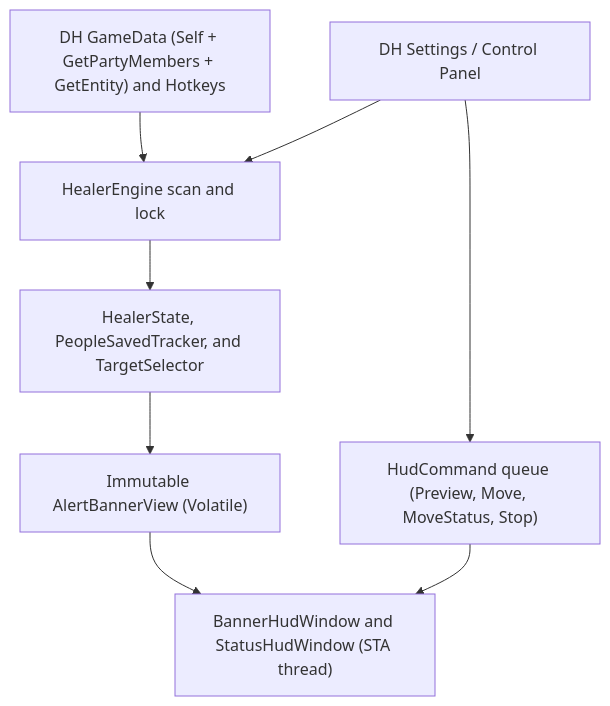
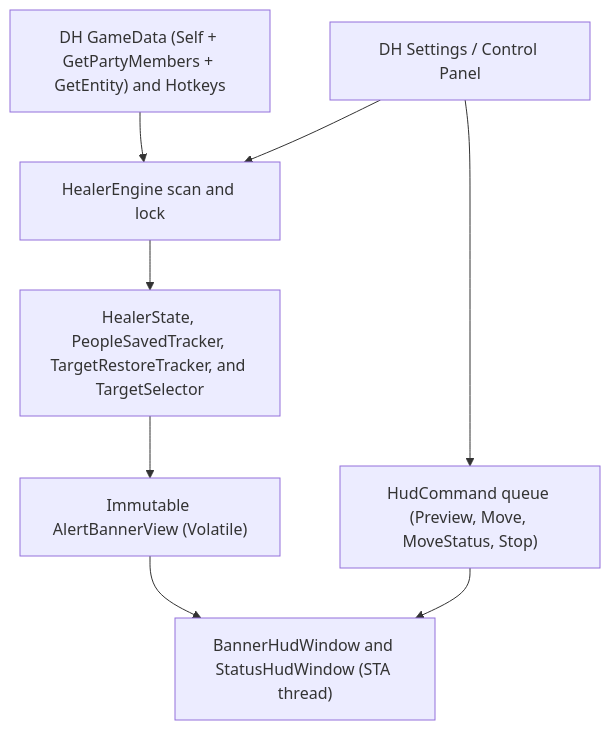
The diagram in docs/human/ARCHITECTURE.md (Hagaygur/DDO-Healers-Helper), drawn with Mermaid before and after one commit. The commit also changed other lines of this file and 16 other files, not shown here.

Commit message:
feat: restore original target once injured player is healed

````diff
--- a/docs/human/ARCHITECTURE.md
+++ b/docs/human/ARCHITECTURE.md
@@ -27,10 +28,10 @@
 ```mermaid
 flowchart TD
   A["DH GameData (Self + GetPartyMembers + GetEntity) and Hotkeys"] --> B["HealerEngine scan and lock"]
-  B --> C["HealerState, PeopleSavedTracker, and TargetSelector"]
+  B --> C["HealerState, PeopleSavedTracker, TargetRestoreTracker, and TargetSelector"]
   C --> D["Immutable AlertBannerView (Volatile)"]
   D --> E["BannerHudWindow and StatusHudWindow (STA thread)"]
   F["DH Settings / Control Panel"] --> B
   F --> G["HudCommand queue (Preview, Move, MoveStatus, Stop)"]
   G --> E
 ```
````
